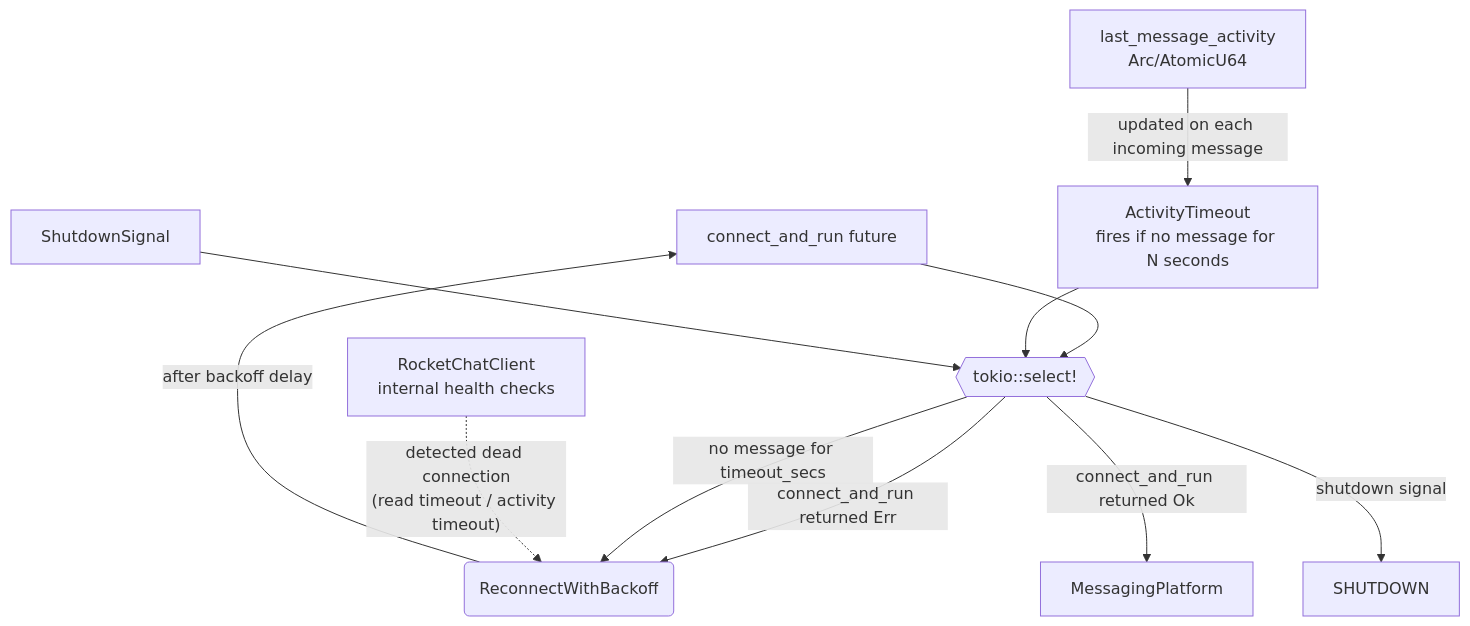
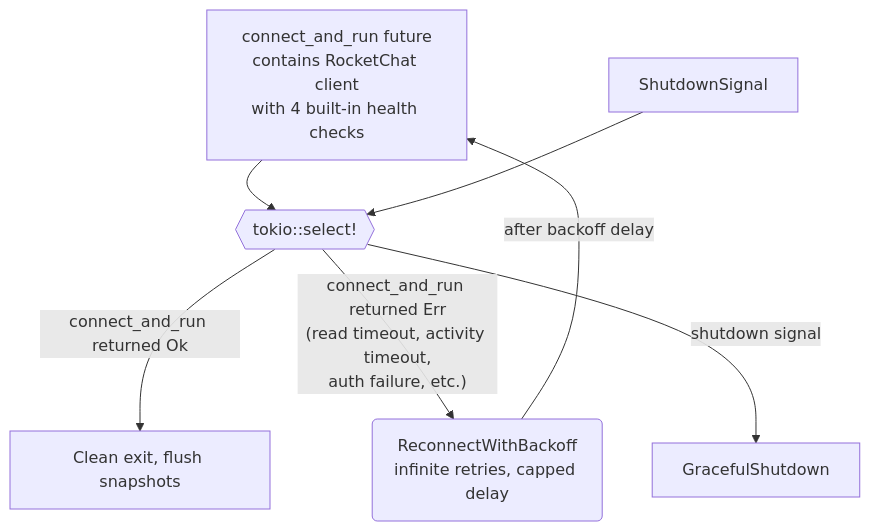
The third of 4 diagrams in _dfd/agent/agent-loop.md (cosmoswafer/rockbot), drawn with Mermaid before and after one commit. The commit also changed other lines of this file and 3 other files, not shown here.

First line of the commit message:
fix: remove app-level activity timeout, rely on DDP health checks

````diff
--- a/_dfd/agent/agent-loop.md
+++ b/_dfd/agent/agent-loop.md
@@ -134,21 +138,14 @@
 ```mermaid
 flowchart TD
-    CONNECT_FUT[connect_and_run future]
-    LAST_MSG[last_message_activity<br/>Arc/AtomicU64]
-    ACTIVITY_TIMEOUT[ActivityTimeout<br/>fires if no message for N seconds]
+    CONNECT_FUT[connect_and_run future<br/>contains RocketChat client<br/>with 4 built-in health checks]
     SHUTDOWN_SIG[ShutdownSignal]
-    RECONNECT(ReconnectWithBackoff)
-    PLATFORM[MessagingPlatform]
-    RC_CLIENT[RocketChatClient<br/>internal health checks]
+    RECONNECT(ReconnectWithBackoff<br/>infinite retries, capped delay)
+    RUN{{tokio::select!}}
 
-    CONNECT_FUT --> RUN{{tokio::select!}}
-    ACTIVITY_TIMEOUT --> RUN
+    CONNECT_FUT --> RUN
     SHUTDOWN_SIG --> RUN
-    RUN -->|"connect_and_run returned Ok"| PLATFORM
-    RUN -->|"connect_and_run returned Err"| RECONNECT
-    RUN -->|"no message for timeout_secs"| RECONNECT
-    RUN -->|"shutdown signal"| SHUTDOWN
-    LAST_MSG -->|"updated on each incoming message"| ACTIVITY_TIMEOUT
-    RC_CLIENT -.->|"detected dead connection<br/>(read timeout / activity timeout)"| RECONNECT
+    RUN -->|"connect_and_run returned Ok"| CLEAN_EXIT[Clean exit, flush snapshots]
+    RUN -->|"connect_and_run returned Err<br/>(read timeout, activity timeout,<br/>auth failure, etc.)"| RECONNECT
+    RUN -->|"shutdown signal"| SHUTDOWN[GracefulShutdown]
     RECONNECT -->|"after backoff delay"| CONNECT_FUT
 ```
````
